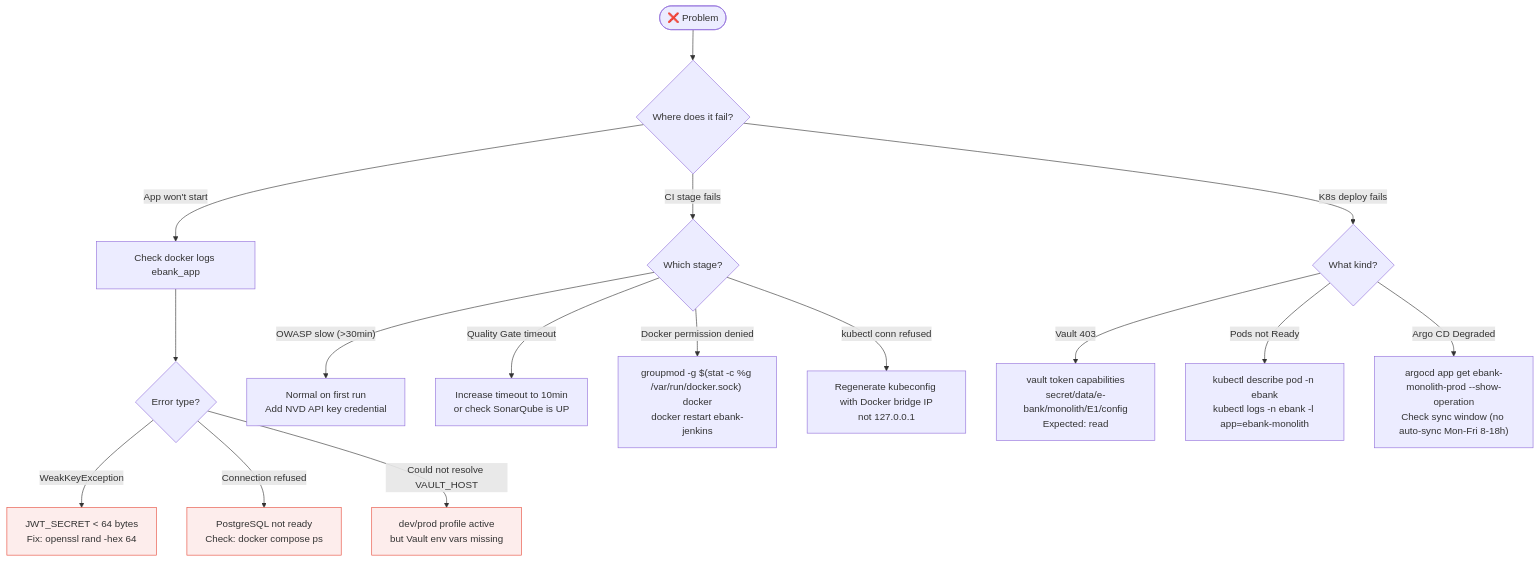
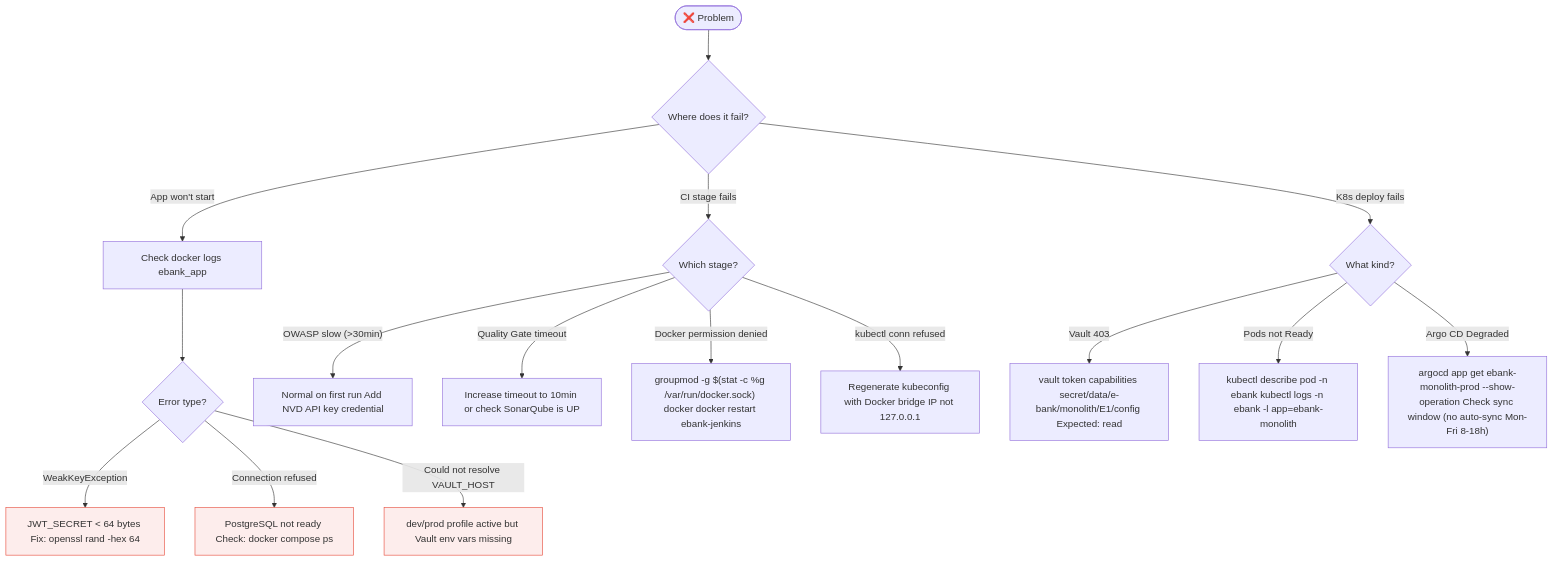
Diagram 34 of 34 in ebank-monolith/doc/KNOWLEDGE_BASE.md (Samlogy/ebank-app), drawn with Mermaid before and after one commit. The commit also changed other lines of this file and 3 other files, not shown here.

````diff
--- a/ebank-monolith/doc/KNOWLEDGE_BASE.md
+++ b/ebank-monolith/doc/KNOWLEDGE_BASE.md
@@ -1039,27 +1039,27 @@
 ```mermaid
 flowchart TD
     PROB(["❌ Problem"])
 
     PROB --> Q1{"Where does it fail?"}
 
     Q1 -->|"App won't start"| A1["Check docker logs ebank_app"]
     A1 --> A2{"Error type?"}
-    A2 -->|"WeakKeyException"| A3["JWT_SECRET < 64 bytes\nFix: openssl rand -hex 64"]
-    A2 -->|"Connection refused"| A4["PostgreSQL not ready\nCheck: docker compose ps"]
-    A2 -->|"Could not resolve VAULT_HOST"| A5["dev/prod profile active\nbut Vault env vars missing"]
+    A2 -->|"WeakKeyException"| A3["JWT_SECRET < 64 bytes Fix: openssl rand -hex 64"]
+    A2 -->|"Connection refused"| A4["PostgreSQL not ready Check: docker compose ps"]
+    A2 -->|"Could not resolve VAULT_HOST"| A5["dev/prod profile active but Vault env vars missing"]
 
     Q1 -->|"CI stage fails"| B1{"Which stage?"}
-    B1 -->|"OWASP slow (>30min)"| B2["Normal on first run\nAdd NVD API key credential"]
-    B1 -->|"Quality Gate timeout"| B3["Increase timeout to 10min\nor check SonarQube is UP"]
-    B1 -->|"Docker permission denied"| B4["groupmod -g $(stat -c %g /var/run/docker.sock) docker\ndocker restart ebank-jenkins"]
-    B1 -->|"kubectl conn refused"| B5["Regenerate kubeconfig with Docker bridge IP\nnot 127.0.0.1"]
+    B1 -->|"OWASP slow (>30min)"| B2["Normal on first run Add NVD API key credential"]
+    B1 -->|"Quality Gate timeout"| B3["Increase timeout to 10min or check SonarQube is UP"]
+    B1 -->|"Docker permission denied"| B4["groupmod -g $(stat -c %g /var/run/docker.sock) docker docker restart ebank-jenkins"]
+    B1 -->|"kubectl conn refused"| B5["Regenerate kubeconfig with Docker bridge IP not 127.0.0.1"]
 
     Q1 -->|"K8s deploy fails"| C1{"What kind?"}
-    C1 -->|"Vault 403"| C2["vault token capabilities\nsecret/data/e-bank/monolith/E1/config\nExpected: read"]
-    C1 -->|"Pods not Ready"| C3["kubectl describe pod -n ebank\nkubectl logs -n ebank -l app=ebank-monolith"]
-    C1 -->|"Argo CD Degraded"| C4["argocd app get ebank-monolith-prod --show-operation\nCheck sync window (no auto-sync Mon-Fri 8-18h)"]
+    C1 -->|"Vault 403"| C2["vault token capabilities secret/data/e-bank/monolith/E1/config Expected: read"]
+    C1 -->|"Pods not Ready"| C3["kubectl describe pod -n ebank kubectl logs -n ebank -l app=ebank-monolith"]
+    C1 -->|"Argo CD Degraded"| C4["argocd app get ebank-monolith-prod --show-operation Check sync window (no auto-sync Mon-Fri 8-18h)"]
 
     style A3 fill:#FDEDEC,stroke:#E74C3C
     style A4 fill:#FDEDEC,stroke:#E74C3C
     style A5 fill:#FDEDEC,stroke:#E74C3C
 ```
````
